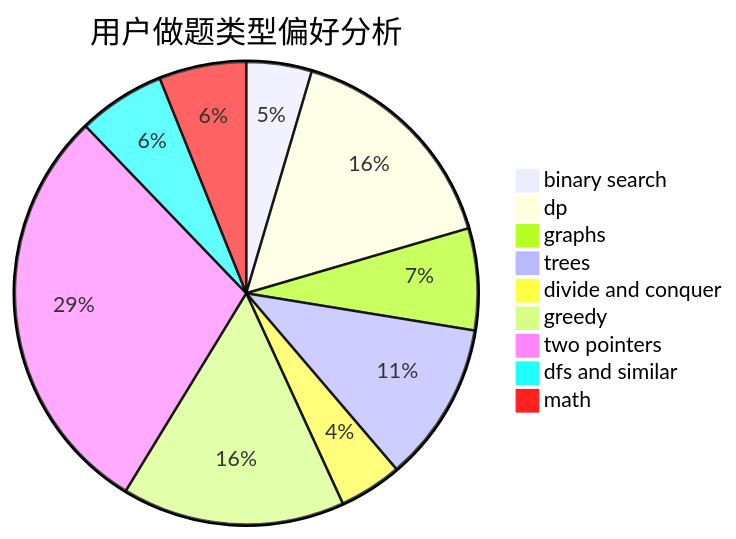
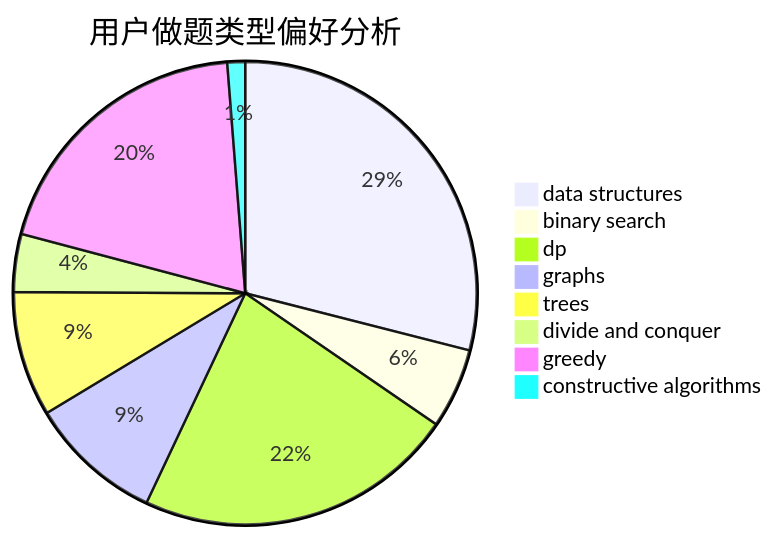
The second of 3 diagrams in docs/user/u1605.md (sherpahu/cfrs.github.io), drawn with Mermaid before and after one commit. The commit also changed other lines of this file and 2775 other files, not shown here.

````diff
--- a/docs/user/u1605.md
+++ b/docs/user/u1605.md
@@ -23,12 +23,11 @@
 ```mermaid
 pie title 用户做题类型偏好分析
-    "binary search" :  27
-    "dp" :  94
-    "graphs" :  42
-    "trees" :  66
-    "divide and conquer" :  26
-    "greedy" :  92
-    "two pointers" :  172
-    "dfs and similar" :  36
-    "math" :  36
+    "data structures" :  93
+    "binary search" :  18
+    "dp" :  72
+    "graphs" :  30
+    "trees" :  28
+    "divide and conquer" :  13
+    "greedy" :  63
+    "constructive algorithms" :  4
 ```
````
